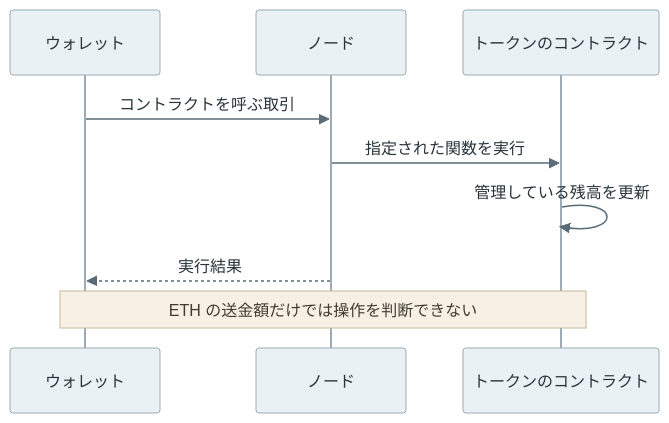
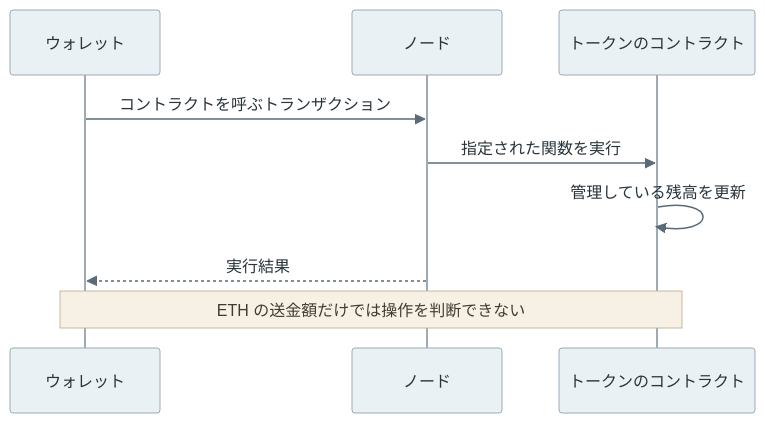
The sixth of 14 diagrams in content/notes/blockchain-systems/wallet/index.md (nao1215/debimate), drawn with Mermaid before and after one commit. The commit also changed other lines of this file and 12 other files, not shown here.

````diff
--- a/content/notes/blockchain-systems/wallet/index.md
+++ b/content/notes/blockchain-systems/wallet/index.md
@@ -344,12 +344,12 @@
 ```mermaid
 %%{init: {"theme":"base","themeVariables":{"primaryColor":"#eaf1f5","primaryTextColor":"#28343b","primaryBorderColor":"#9cabb5","lineColor":"#596b76","textColor":"#28343b","actorBkg":"#eaf1f5","actorBorder":"#9cabb5","actorTextColor":"#28343b","actorLineColor":"#9cabb5","signalColor":"#596b76","signalTextColor":"#28343b","noteBkgColor":"#f7f1e5","noteBorderColor":"#c5b99b","noteTextColor":"#403c32","activationBkgColor":"#edf3ef","activationBorderColor":"#9aafa1"}}}%%
 sequenceDiagram
     participant W as ウォレット
     participant N as ノード
     participant C as トークンのコントラクト
-    W->>N: コントラクトを呼ぶ取引
+    W->>N: コントラクトを呼ぶトランザクション
     N->>C: 指定された関数を実行
     C->>C: 管理している残高を更新
     N-->>W: 実行結果
     Note over W,C: ETH の送金額だけでは操作を判断できない
 ```
````
